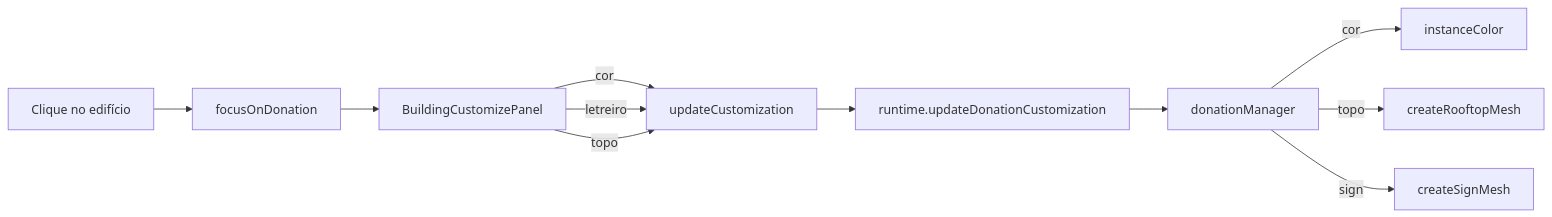
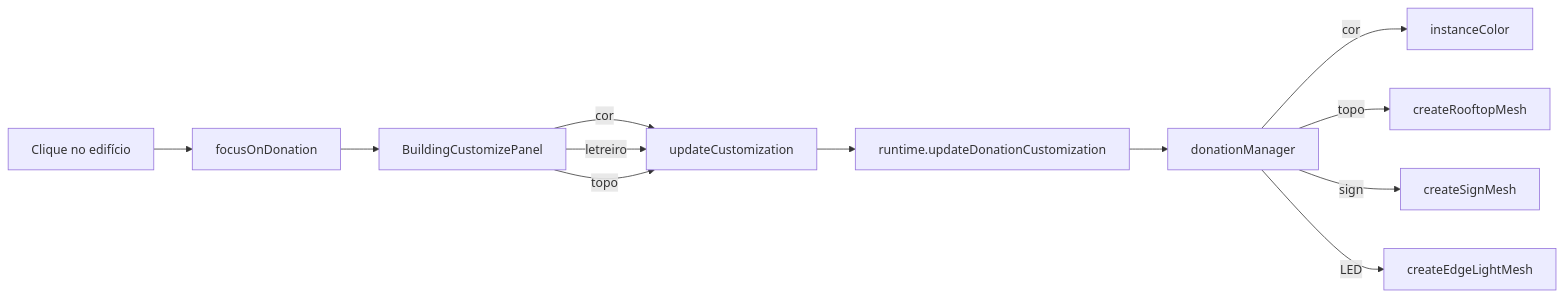
Before and after one commit to RaeII/pixcity: the second of 2 diagrams in doc-pixcity/index.md, drawn with Mermaid. The commit also changed other lines of this file and 9 other files, not shown here.

````diff
--- a/doc-pixcity/index.md
+++ b/doc-pixcity/index.md
@@ -179,13 +181,14 @@
 ```mermaid
 flowchart LR
     Click[Clique no edifício] --> Focus[focusOnDonation]
     Focus --> Panel[BuildingCustomizePanel]
     Panel --> |cor| UC[updateCustomization]
     Panel --> |letreiro| UC
     Panel --> |topo| UC
     UC --> Runtime[runtime.updateDonationCustomization]
     Runtime --> DM[donationManager]
     DM --> |cor| IC[instanceColor]
     DM --> |topo| RM[createRooftopMesh]
     DM --> |sign| SM[createSignMesh]
+    DM --> |LED| EL[createEdgeLightMesh]
 ```
````
